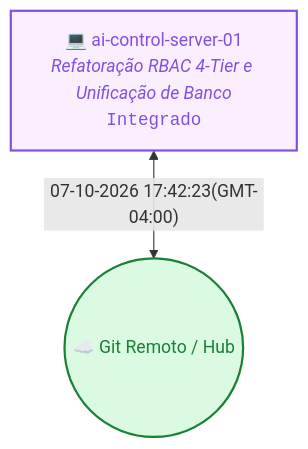
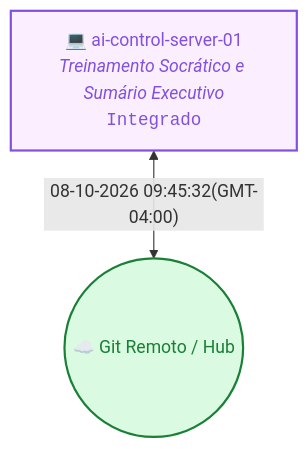
The diagram in README.md (andreticba/ai-control-context), drawn with Mermaid before and after one commit. The commit also changed other lines of this file and 11 other files, not shown here.

````diff
--- a/README.md
+++ b/README.md
@@ -20,8 +20,8 @@
 ```mermaid
 flowchart TD
   Cloud(("☁️ Git Remoto / Hub"))
-  M_c01fdc4a["💻 ai-control-server-01<br/><i>Refatoração RBAC 4-Tier e Unificação de Banco</i><br/><code>Integrado</code>"]
-  M_c01fdc4a <-->|"07-10-2026 17:42:23(GMT-04:00)"| Cloud
+  M_c01fdc4a["💻 ai-control-server-01<br/><i>Treinamento Socrático e Sumário Executivo</i><br/><code>Integrado</code>"]
+  M_c01fdc4a <-->|"08-10-2026 09:45:32(GMT-04:00)"| Cloud
   style M_c01fdc4a stroke:#8250df,stroke-width:2px,fill:#fbefff,color:#8250df
   style Cloud stroke:#1a7f37,stroke-width:2px,fill:#dafbe1,color:#1a7f37
 ```
````
